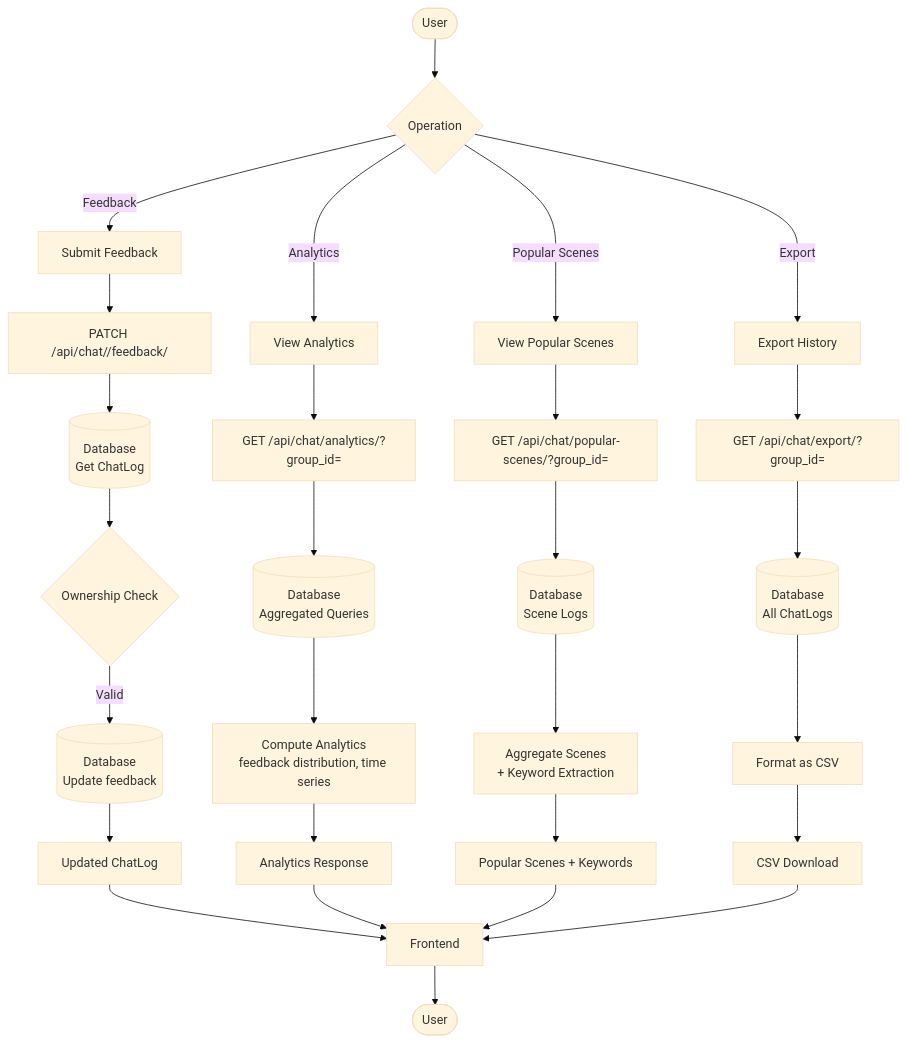
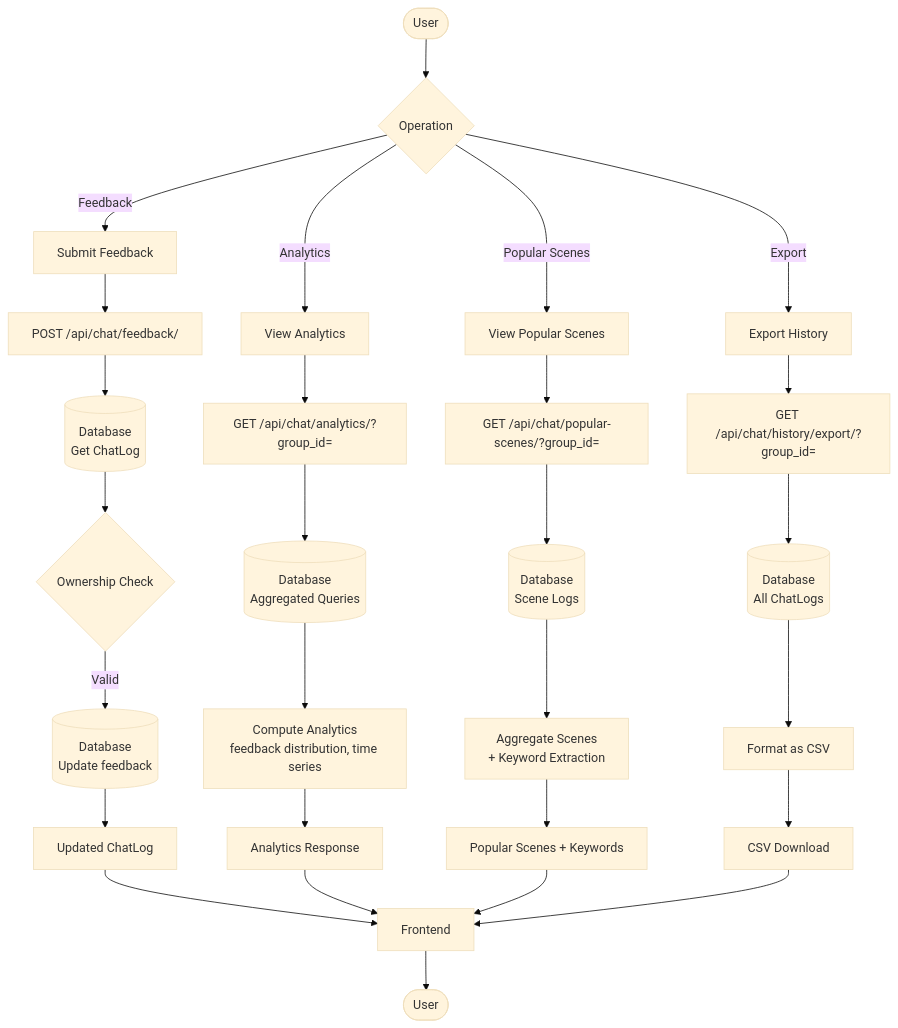
Before and after one commit to yukiharada1228/videoq: the ninth of 9 diagrams in docs/database/data-flow-diagram.md, drawn with Mermaid (base theme). The commit also changed other lines of this file and 5 other files, not shown here.

Commit message:
docs: align diagrams with current API behavior

````diff
--- a/docs/database/data-flow-diagram.md
+++ b/docs/database/data-flow-diagram.md
@@ -316,36 +317,36 @@
 ```mermaid
 flowchart TD
     Start([User]) --> Action{Operation}
 
     Action -->|Feedback| Feedback[Submit Feedback]
     Action -->|Analytics| Analytics[View Analytics]
     Action -->|Popular Scenes| Scenes[View Popular Scenes]
     Action -->|Export| Export[Export History]
 
-    Feedback --> API1[PATCH /api/chat/<id>/feedback/]
+    Feedback --> API1[POST /api/chat/feedback/]
     API1 --> GetLog[(Database<br/>Get ChatLog)]
     GetLog --> VerifyAccess{Ownership Check}
     VerifyAccess -->|Valid| UpdateFeedback[(Database<br/>Update feedback)]
     UpdateFeedback --> Response1[Updated ChatLog]
     Response1 --> Frontend
 
     Analytics --> API2[GET /api/chat/analytics/?group_id=<id>]
     API2 --> GetRawData[(Database<br/>Aggregated Queries)]
     GetRawData --> ComputeAnalytics[Compute Analytics<br/>feedback distribution, time series]
     ComputeAnalytics --> Response2[Analytics Response]
     Response2 --> Frontend
 
     Scenes --> API3[GET /api/chat/popular-scenes/?group_id=<id>]
     API3 --> GetSceneLogs[(Database<br/>Scene Logs)]
     GetSceneLogs --> AggregateScenes[Aggregate Scenes<br/>+ Keyword Extraction]
     AggregateScenes --> Response3[Popular Scenes + Keywords]
     Response3 --> Frontend
 
-    Export --> API4[GET /api/chat/export/?group_id=<id>]
+    Export --> API4[GET /api/chat/history/export/?group_id=<id>]
     API4 --> GetAllLogs[(Database<br/>All ChatLogs)]
     GetAllLogs --> FormatCSV[Format as CSV]
     FormatCSV --> Response4[CSV Download]
     Response4 --> Frontend
 
     Frontend --> End([User])
 ```
````
